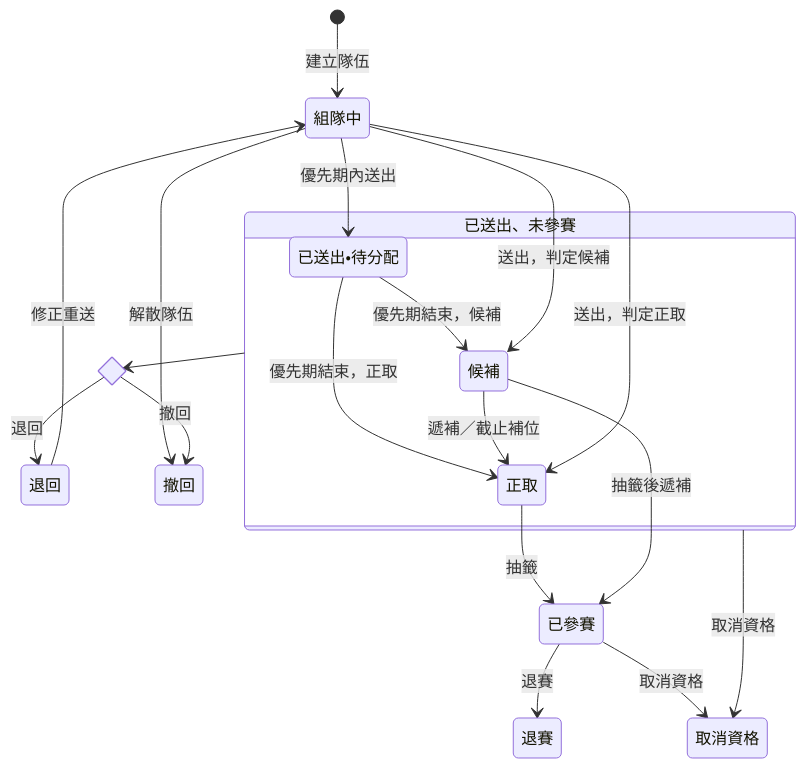
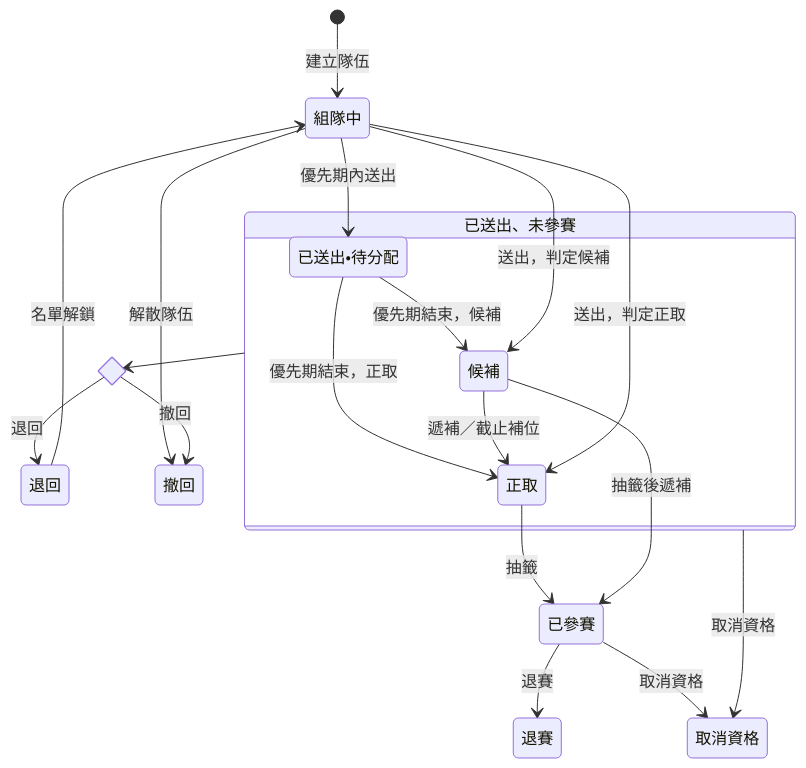
One commit to Team14good/esport-platform changed the second of 19 diagrams in docs/midterm/B-軟體需求分析文件.md. Above: the diagram before and after it, drawn with Mermaid. The commit also changed other lines of this file and 11 other files, not shown here.

````diff
--- a/docs/midterm/B-軟體需求分析文件.md
+++ b/docs/midterm/B-軟體需求分析文件.md
@@ -605,32 +606,32 @@
 ```mermaid
 stateDiagram-v2
   state "組隊中" as forming
   state "退回" as rejected
   state "撤回" as withdrawn
   state "退賽" as retired
   state "取消資格" as disqualified
   state "已參賽" as drawn
   state leave <<choice>>
   state "已送出、未參賽" as notdrawn {
     state "已送出・待分配" as pending
     state "正取" as accepted
     state "候補" as waitlisted
     pending --> accepted : 優先期結束，正取
     pending --> waitlisted : 優先期結束，候補
     waitlisted --> accepted : 遞補／截止補位
   }
   [*] --> forming : 建立隊伍
   forming --> pending : 優先期內送出
   forming --> accepted : 送出，判定正取
   forming --> waitlisted : 送出，判定候補
   forming --> withdrawn : 解散隊伍
   accepted --> drawn : 抽籤
   waitlisted --> drawn : 抽籤後遞補
   notdrawn --> leave
   leave --> rejected : 退回
   leave --> withdrawn : 撤回
   notdrawn --> disqualified : 取消資格
-  rejected --> forming : 修正重送
+  rejected --> forming : 名單解鎖
   drawn --> retired : 退賽
   drawn --> disqualified : 取消資格
 ```
````
